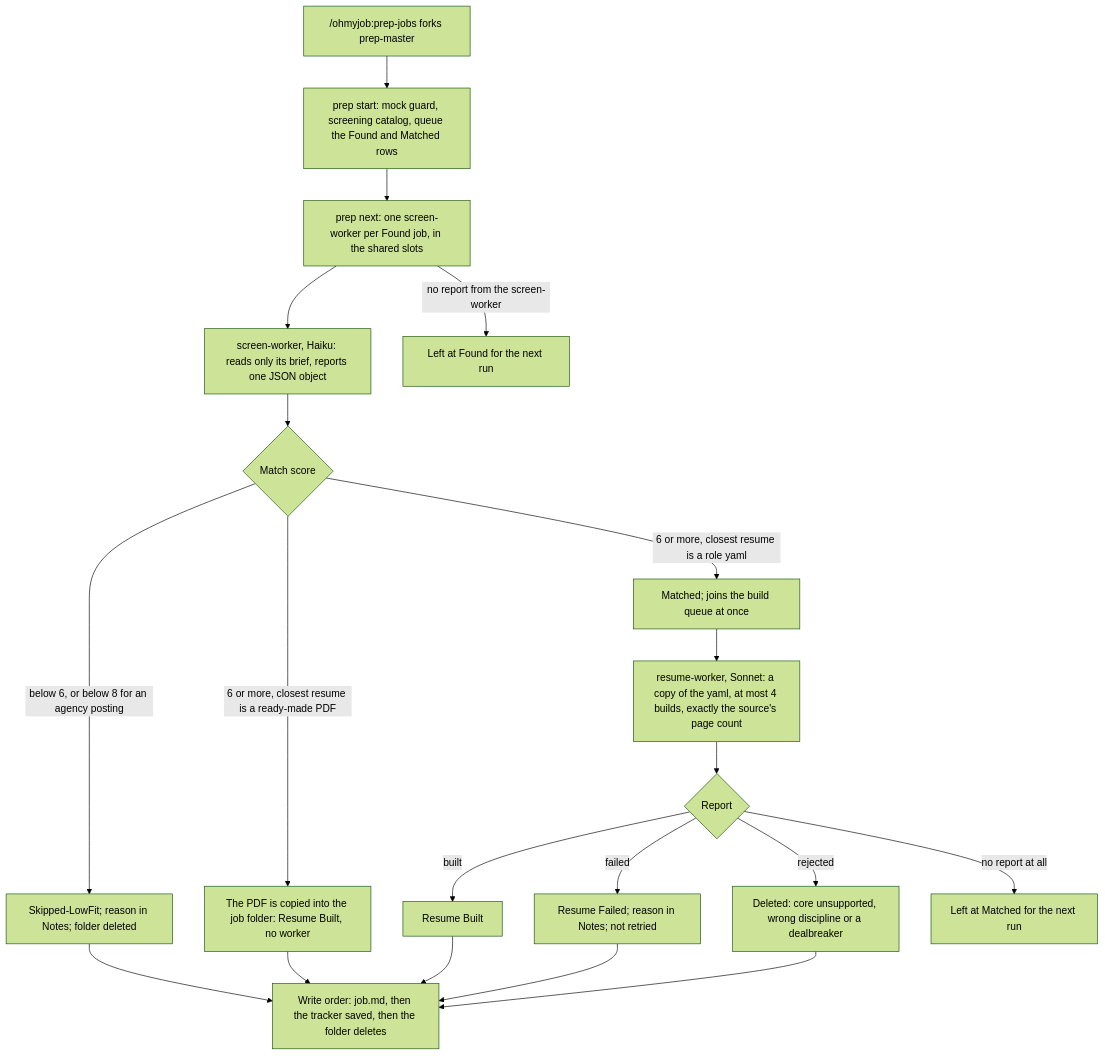
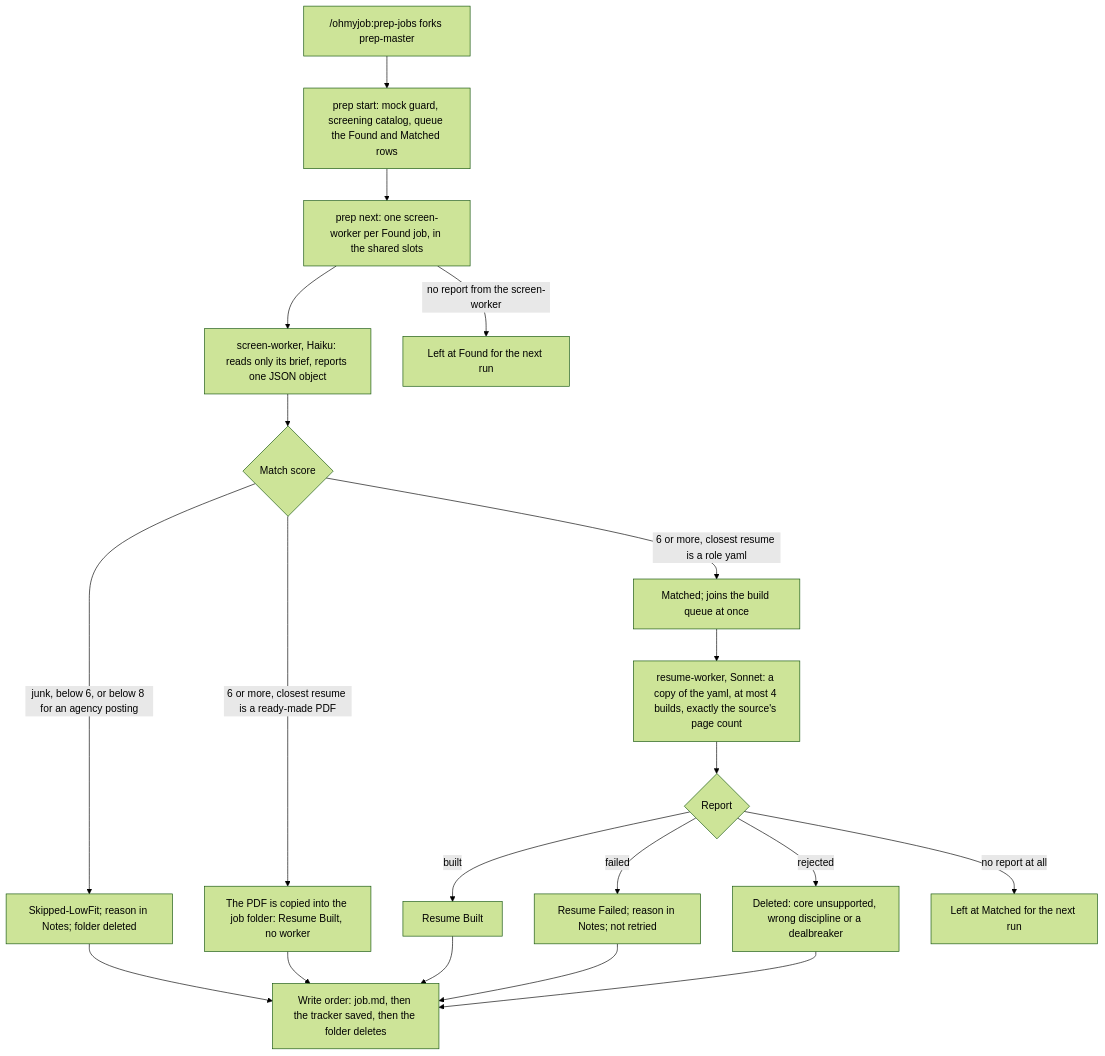
One commit to Maaz77/ohmyjob changed the fourth of 7 diagrams in docs/ARCHITECTURE.md. Above: the diagram before and after it, drawn with Mermaid (forest theme). The commit also changed other lines of this file and 8 other files, not shown here.

Commit message:
feat: implement junk posting detection and reporting in job scraping

````diff
--- a/docs/ARCHITECTURE.md
+++ b/docs/ARCHITECTURE.md
@@ -213,22 +213,22 @@
 ```mermaid
 flowchart TD
     A["/ohmyjob:prep-jobs forks prep-master"] --> B["prep start: mock guard, screening catalog, queue the Found and Matched rows"]
     B --> C["prep next: one screen-worker per Found job, in the shared slots"]
     C --> D["screen-worker, Haiku: reads only its brief, reports one JSON object"]
     D --> E{"Match score"}
     C -- "no report from the screen-worker" --> X["Left at Found for the next run"]
-    E -- "below 6, or below 8 for an agency posting" --> F["Skipped-LowFit; reason in Notes; folder deleted"]
+    E -- "junk, below 6, or below 8 for an agency posting" --> F["Skipped-LowFit; reason in Notes; folder deleted"]
     E -- "6 or more, closest resume is a ready-made PDF" --> G["The PDF is copied into the job folder: Resume Built, no worker"]
     E -- "6 or more, closest resume is a role yaml" --> H["Matched; joins the build queue at once"]
     H --> I["resume-worker, Sonnet: a copy of the yaml, at most 4 builds, exactly the source's page count"]
     I --> J{"Report"}
     J -- built --> K["Resume Built"]
     J -- failed --> L["Resume Failed; reason in Notes; not retried"]
     J -- rejected --> M["Deleted: core unsupported, wrong discipline or a dealbreaker"]
     J -- "no report at all" --> N["Left at Matched for the next run"]
     F --> W["Write order: job.md, then the tracker saved, then the folder deletes"]
     G --> W
     K --> W
     L --> W
     M --> W
 ```
````
